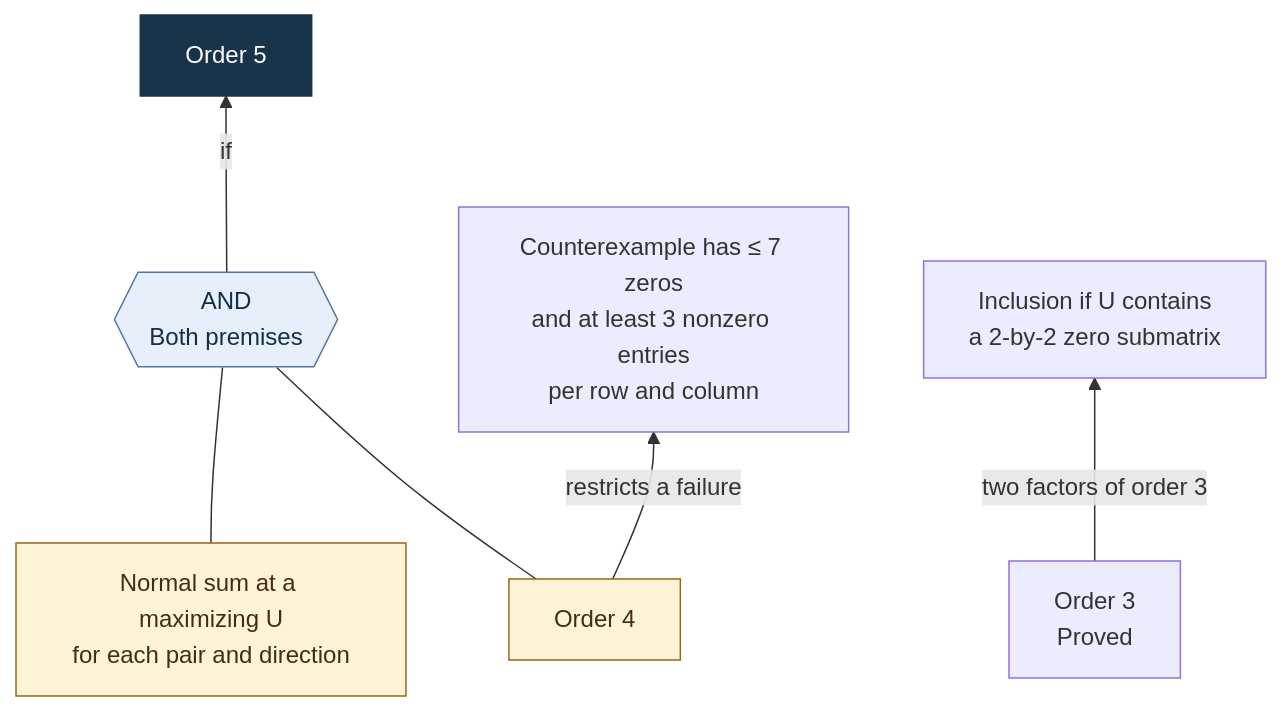
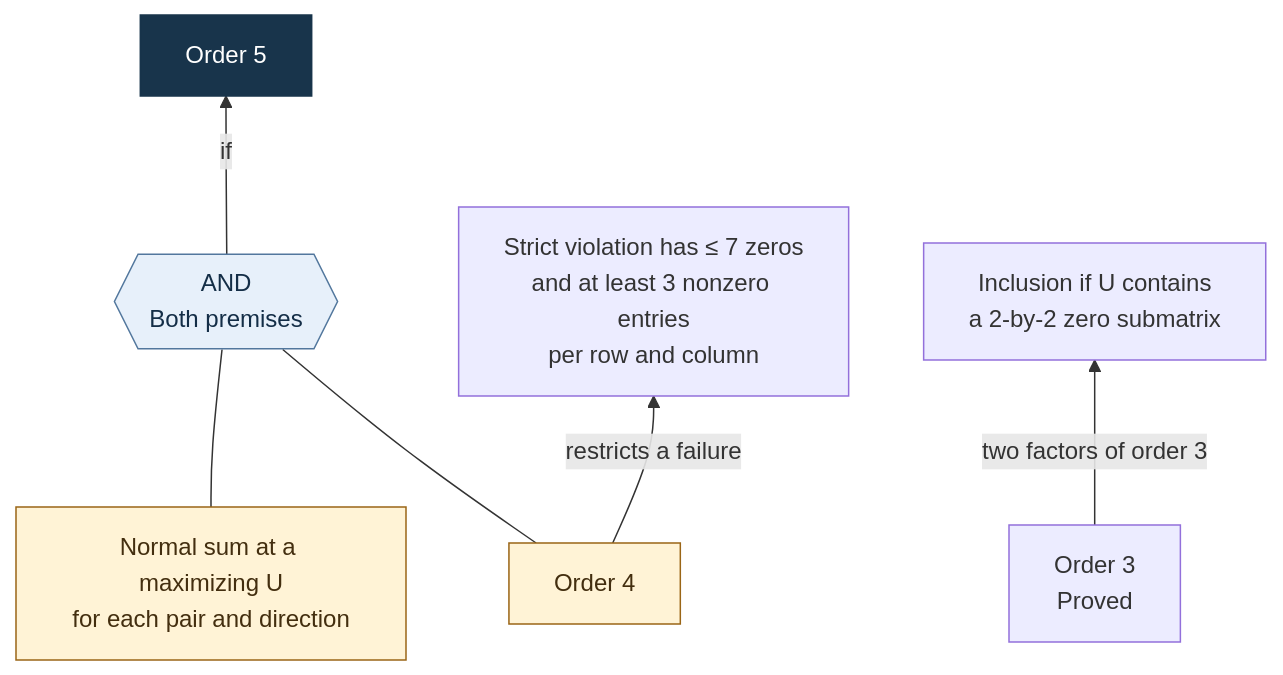
The third of 5 diagrams in Docs/order-five-proof-map.md (ascendnoosphere/MOC), drawn with Mermaid before and after one commit. The commit also changed other lines of this file and 42 other files, not shown here.

````diff
--- a/Docs/order-five-proof-map.md
+++ b/Docs/order-five-proof-map.md
@@ -90,20 +103,20 @@
 ```mermaid
 flowchart BT
     accTitle: Sparse cases and the normal maximizer route
     accDescr: Order four and normal order-five maximizers imply order five. A two-by-two zero submatrix excludes a violation without assuming order four.
     Goal["Order 5"]:::goal
     Both{{"AND<br/>Both premises"}}:::gate
     Four["Order 4"]:::open
     Norm["Normal sum at a maximizing U<br/>for each pair and direction"]:::open
-    Sparse["Counterexample has ≤ 7 zeros<br/>and at least 3 nonzero entries<br/>per row and column"]
+    Sparse["Strict violation has ≤ 7 zeros<br/>and at least 3 nonzero entries<br/>per row and column"]
     Base["Order 3<br/>Proved"]
     Zero["Inclusion if U contains<br/>a 2-by-2 zero submatrix"]
     Four --- Both
     Norm --- Both
     Both -->|if| Goal
     Four -->|restricts a failure| Sparse
     Base -->|two factors of order 3| Zero
     classDef goal fill:#18344b,stroke:#18344b,color:#fff
     classDef gate fill:#e7f0fa,stroke:#52779d,color:#142e47
     classDef open fill:#fff3d6,stroke:#9a6516,color:#432e0f
 ```
````
